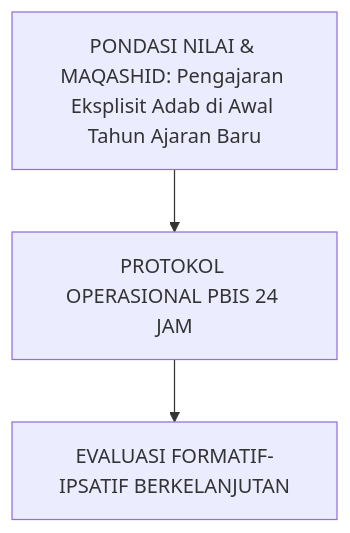
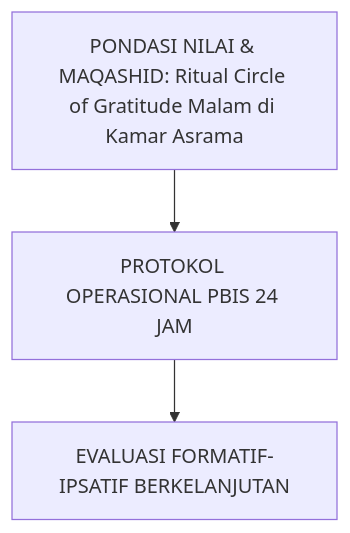
Diagram 12 of 35 in BOOK-SERIES/Volume-04/Buku-Volume-04-Pedoman-Intervensi-Berjenjang-PBIS-dan-Praktik-Restoratif-di-Asrama.md (wandiapriliyandi/tumbuh), drawn with Mermaid before and after one commit. The commit also changed other lines of this file and 196 other files, not shown here.

````diff
--- a/BOOK-SERIES/Volume-04/Buku-Volume-04-Pedoman-Intervensi-Berjenjang-PBIS-dan-Praktik-Restoratif-di-Asrama.md
+++ b/BOOK-SERIES/Volume-04/Buku-Volume-04-Pedoman-Intervensi-Berjenjang-PBIS-dan-Praktik-Restoratif-di-Asrama.md
@@ -296,5 +416,5 @@
 ```mermaid
 graph TD
-    Tujuan["PONDASI NILAI & MAQASHID: Pengajaran Eksplisit Adab di Awal Tahun Ajaran Baru"] --> Operasional["PROTOKOL OPERASIONAL PBIS 24 JAM"]
+    Tujuan["PONDASI NILAI & MAQASHID: Ritual Circle of Gratitude Malam di Kamar Asrama"] --> Operasional["PROTOKOL OPERASIONAL PBIS 24 JAM"]
     Operasional --> Evaluasi["EVALUASI FORMATIF-IPSATIF BERKELANJUTAN"]
 ```
````
